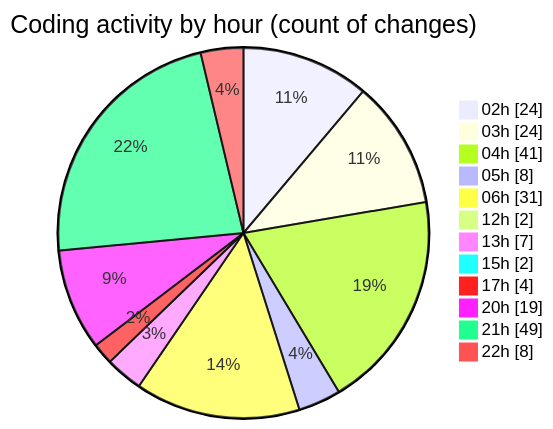
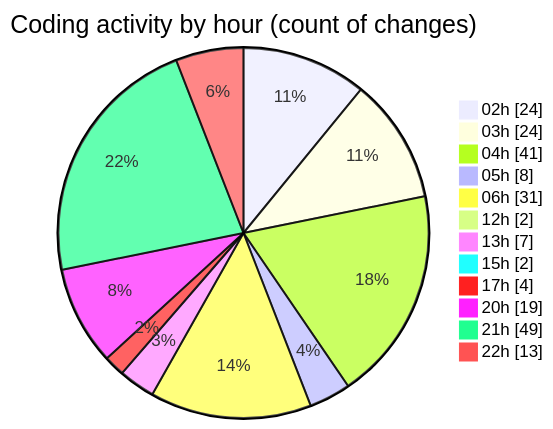
The second of 2 diagrams in 2025-07-23/quanlyrapchieuphim/README.md (lephambinh05/code-tracking), drawn with Mermaid before and after one commit. The commit also changed other lines of this file and 1 other file, not shown here.

````diff
--- a/2025-07-23/quanlyrapchieuphim/README.md
+++ b/2025-07-23/quanlyrapchieuphim/README.md
@@ -44,16 +46,16 @@
 ```mermaid
 pie showData
 title Coding activity by hour (count of changes)
 "02h" : 24
 "03h" : 24
 "04h" : 41
 "05h" : 8
 "06h" : 31
 "12h" : 2
 "13h" : 7
 "15h" : 2
 "17h" : 4
 "20h" : 19
 "21h" : 49
-"22h" : 8
+"22h" : 13
 ```
````
